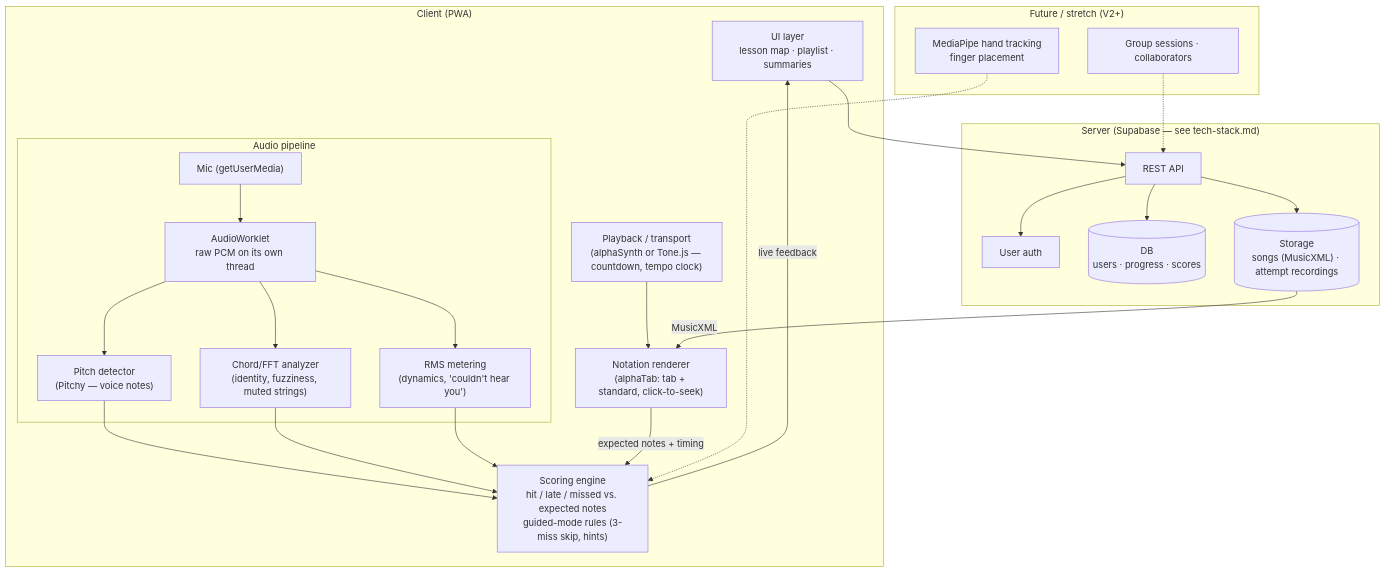
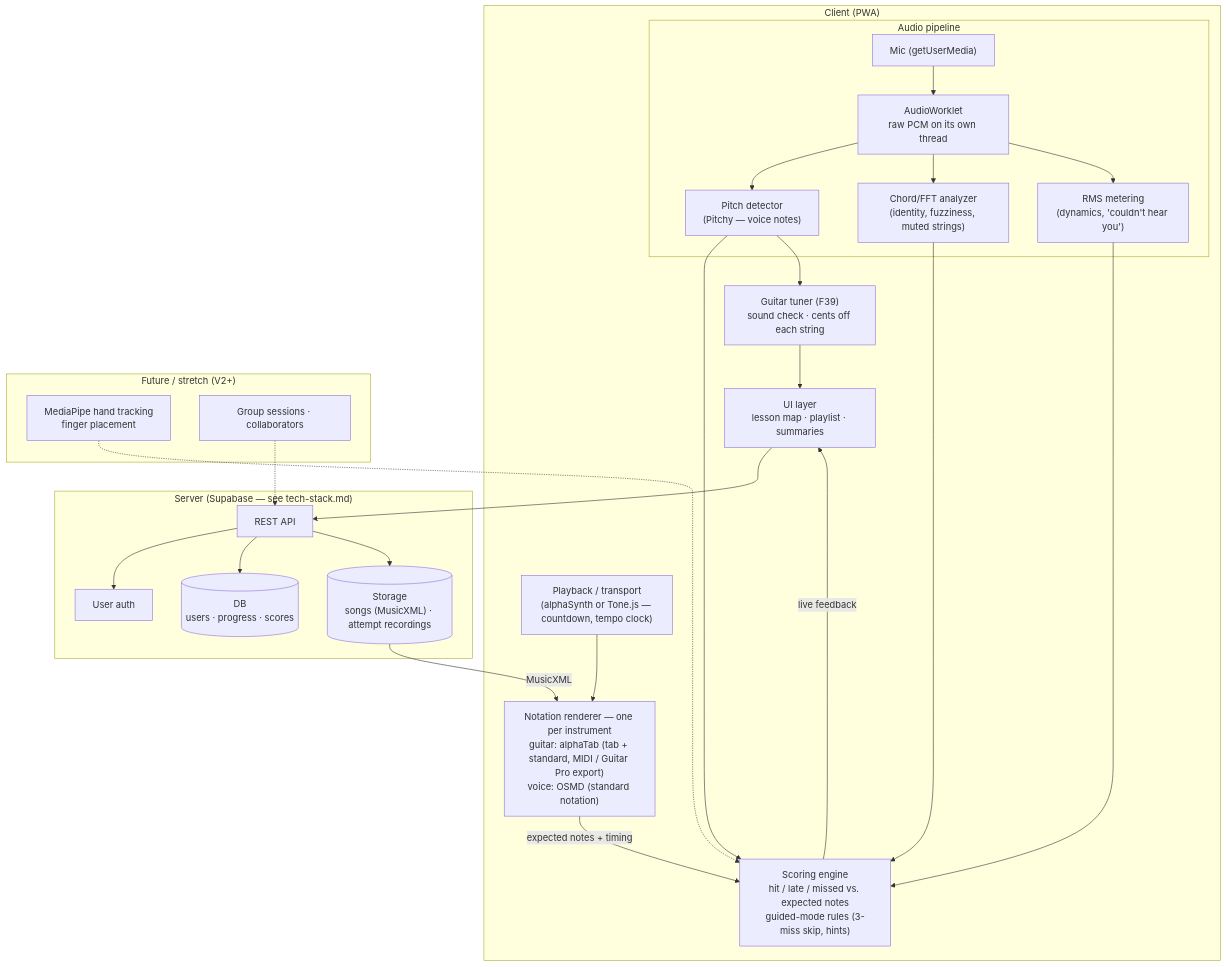
Before and after one commit to Harmonic-416/specifications: the diagram in 3-architecture/rough-architecture.md, drawn with Mermaid. The commit also changed other lines of this file and 4 other files, not shown here.

First line of the commit message:
docs: add F39 guitar tuner, renderer per instrument, guitar tab/MIDI notes

````diff
--- a/3-architecture/rough-architecture.md
+++ b/3-architecture/rough-architecture.md
@@ -4,37 +4,40 @@
 ```mermaid
 flowchart TB
     subgraph Client["Client (PWA)"]
         UI["UI layer<br/>lesson map · playlist · summaries"]
-        Notation["Notation renderer<br/>(alphaTab: tab + standard, click-to-seek)"]
+        Notation["Notation renderer — one per instrument<br/>guitar: alphaTab (tab + standard, MIDI / Guitar Pro export)<br/>voice: OSMD (standard notation)"]
+        Tuner["Guitar tuner (F39)<br/>sound check · cents off each string"]
         Playback["Playback / transport<br/>(alphaSynth or Tone.js — countdown, tempo clock)"]
         subgraph AudioPipe["Audio pipeline"]
             Mic["Mic (getUserMedia)"]
             Worklet["AudioWorklet<br/>raw PCM on its own thread"]
             Pitch["Pitch detector<br/>(Pitchy — voice notes)"]
             Chord["Chord/FFT analyzer<br/>(identity, fuzziness, muted strings)"]
             Volume["RMS metering<br/>(dynamics, 'couldn't hear you')"]
         end
         Scoring["Scoring engine<br/>hit / late / missed vs. expected notes<br/>guided-mode rules (3-miss skip, hints)"]
     end
     subgraph Server["Server (Supabase — see tech-stack.md)"]
         Auth["User auth"]
         API["REST API"]
         DB[("DB<br/>users · progress · scores")]
         Files[("Storage<br/>songs (MusicXML) · attempt recordings")]
     end
     subgraph Future["Future / stretch (V2+)"]
         CV["MediaPipe hand tracking<br/>finger placement"]
         Groups["Group sessions · collaborators"]
     end
     Mic --> Worklet
     Worklet --> Pitch & Chord & Volume
     Pitch & Chord & Volume --> Scoring
+    Pitch --> Tuner
+    Tuner --> UI
     Notation -- "expected notes + timing" --> Scoring
     Scoring -- "live feedback" --> UI
     Playback --> Notation
     UI --> API
     API --> Auth & DB & Files
     Files -- "MusicXML" --> Notation
     CV -.-> Scoring
     Groups -.-> API
 ```
````
